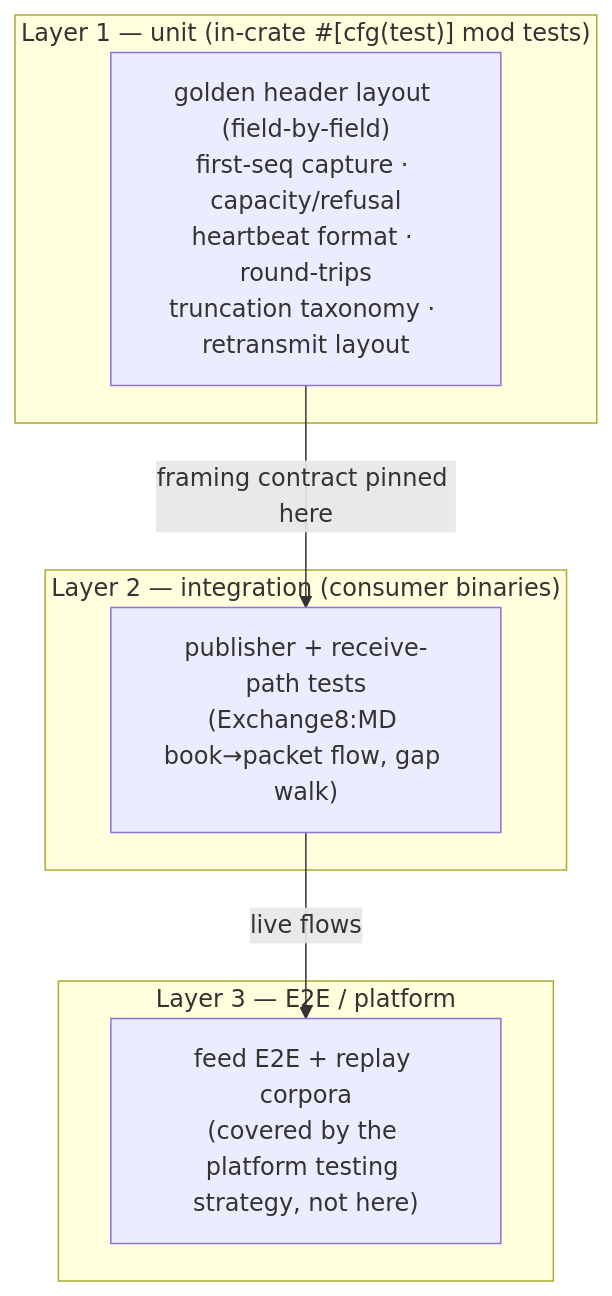
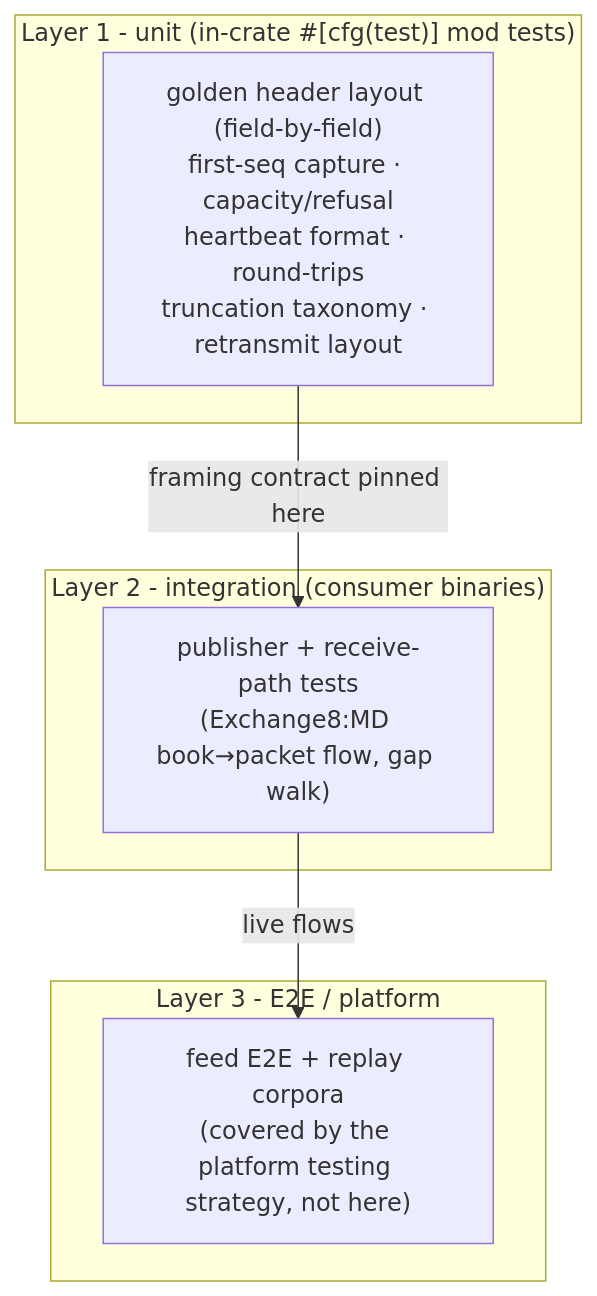
One commit to Exchange8-dev/exchange8-sdk changed the eighth of 8 diagrams in crates/mold/DESIGN.md. Above: the diagram before and after it, drawn with Mermaid. The commit also changed other lines of this file and 60 other files, not shown here.

````diff
--- a/crates/mold/DESIGN.md
+++ b/crates/mold/DESIGN.md
@@ -349,13 +349,13 @@
 ```mermaid
 graph TD
-    subgraph P1["Layer 1 — unit (in-crate #[cfg(test)] mod tests)"]
+    subgraph P1["Layer 1 - unit (in-crate #[cfg(test)] mod tests)"]
         U1["golden header layout (field-by-field)<br/>first-seq capture · capacity/refusal<br/>heartbeat format · round-trips<br/>truncation taxonomy · retransmit layout"]
     end
-    subgraph P2["Layer 2 — integration (consumer binaries)"]
+    subgraph P2["Layer 2 - integration (consumer binaries)"]
         U2["publisher + receive-path tests<br/>(Exchange8:MD book→packet flow, gap walk)"]
     end
-    subgraph P3["Layer 3 — E2E / platform"]
+    subgraph P3["Layer 3 - E2E / platform"]
         U3["feed E2E + replay corpora<br/>(covered by the platform testing strategy, not here)"]
     end
     U1 -->|"framing contract pinned here"| U2 -->|"live flows"| U3
 ```
````
